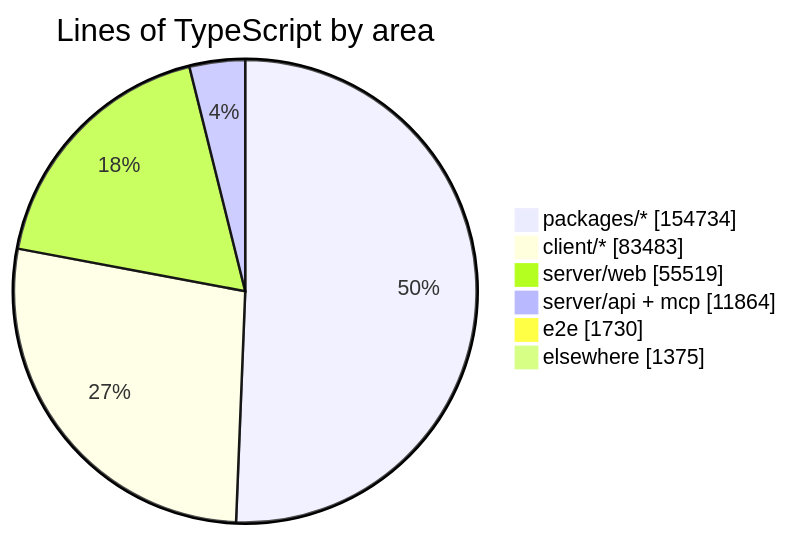
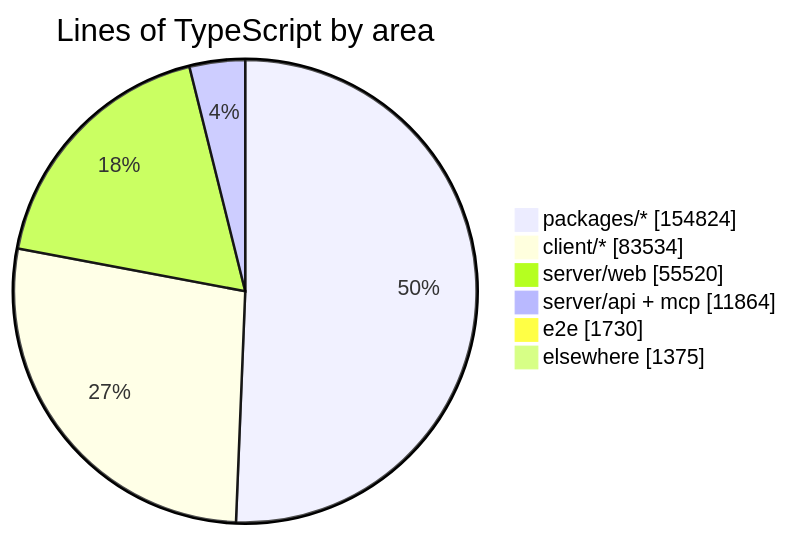
One commit to crossworks-engineering/mantle changed the diagram in README.md. Above: the diagram before and after it, drawn with Mermaid. The commit also changed other lines of this file and 4 other files, not shown here.

````diff
--- a/README.md
+++ b/README.md
@@ -279,9 +279,9 @@
 ```mermaid
 pie showData title Lines of TypeScript by area
-    "packages/*" : 154734
-    "client/*" : 83483
-    "server/web" : 55519
+    "packages/*" : 154824
+    "client/*" : 83534
+    "server/web" : 55520
     "server/api + mcp" : 11864
     "e2e" : 1730
     "elsewhere" : 1375
 ```
````
